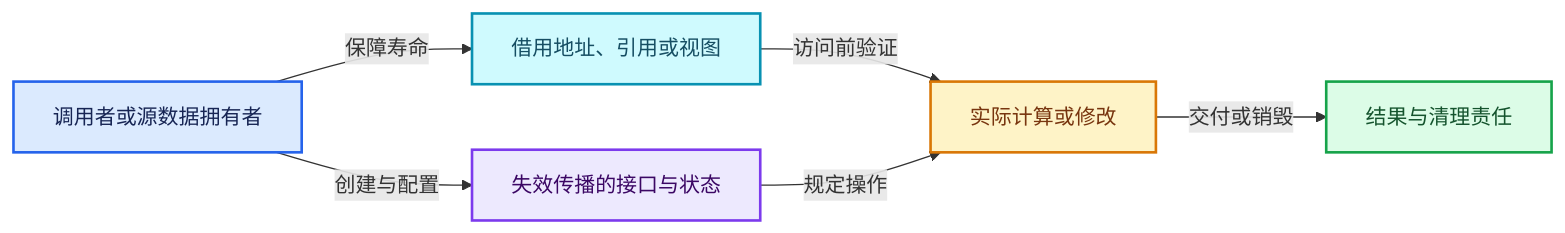
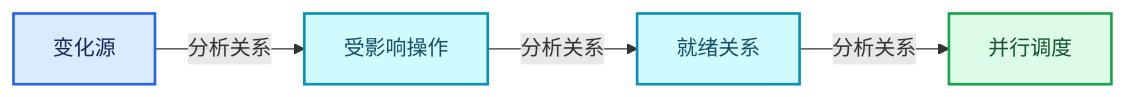
One commit to yunkezengren/blender-.vscode changed the third of 4 diagrams in 杂/markdown/全面学习-codex/11-Depsgraph与并行任务系统/05-失效传播.md. Above: the diagram before and after it, drawn with Mermaid. The commit also changed other lines of this file and 1930 other files, not shown here.

````diff
--- a/杂/markdown/全面学习-codex/11-Depsgraph与并行任务系统/05-失效传播.md
+++ b/杂/markdown/全面学习-codex/11-Depsgraph与并行任务系统/05-失效传播.md
@@ -919,19 +64,16 @@
 ```mermaid
 flowchart LR
-  O["调用者或源数据拥有者"]:::input
-  V["失效传播的接口与状态"]:::abstraction
-  B["借用地址、引用或视图"]:::data
-  W["实际计算或修改"]:::compute
-  R["结果与清理责任"]:::result
-  O -->|"创建与配置"| V
-  O -->|"保障寿命"| B
-  B -->|"访问前验证"| W
-  V -->|"规定操作"| W
-  W -->|"交付或销毁"| R
+  P0["变化源"]:::input
+  P1["受影响操作"]:::data
+  P2["就绪关系"]:::data
+  P3["并行调度"]:::result
+  P0 -->|"分析关系"| P1
+  P1 -->|"分析关系"| P2
+  P2 -->|"分析关系"| P3
   classDef input fill:#DBEAFE,stroke:#2563EB,color:#172554,stroke-width:2px;
   classDef data fill:#CFFAFE,stroke:#0891B2,color:#164E63,stroke-width:2px;
   classDef abstraction fill:#EDE9FE,stroke:#7C3AED,color:#3B0764,stroke-width:2px;
   classDef compute fill:#FEF3C7,stroke:#D97706,color:#78350F,stroke-width:2px;
   classDef result fill:#DCFCE7,stroke:#16A34A,color:#14532D,stroke-width:2px;
   classDef error fill:#FEE2E2,stroke:#DC2626,color:#7F1D1D,stroke-width:2px;
 ```
````
